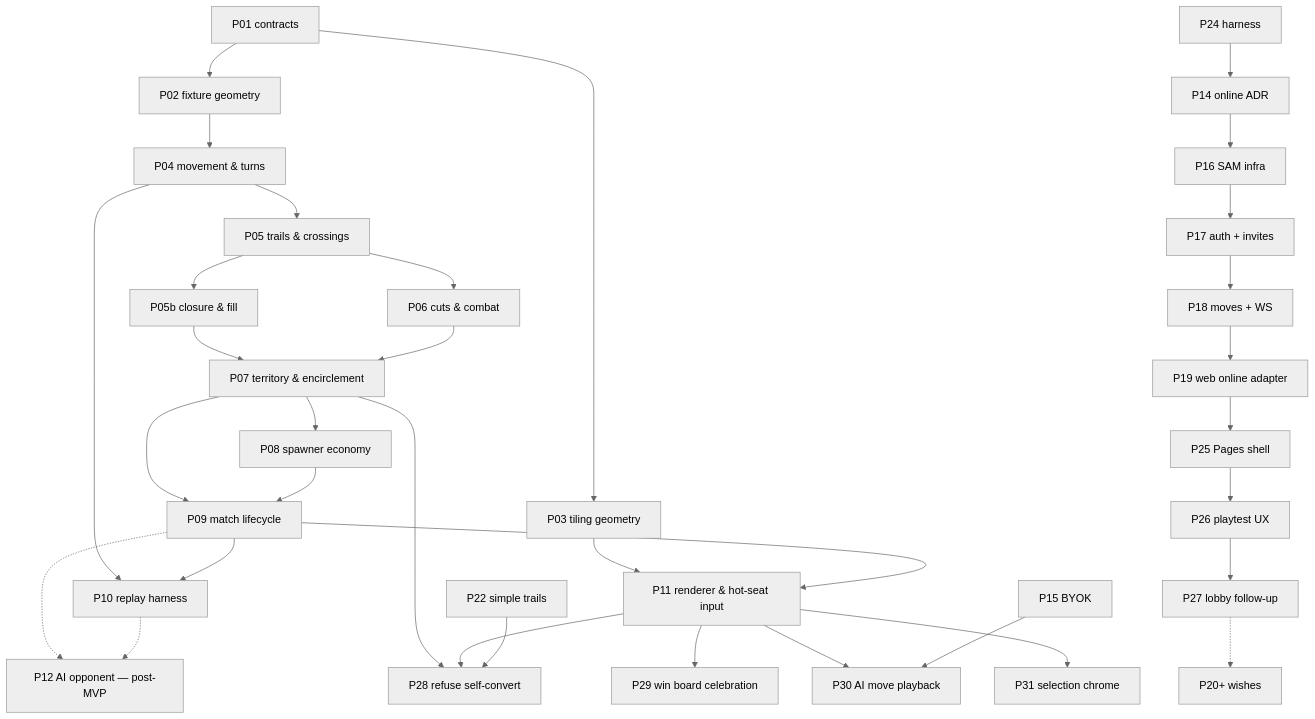
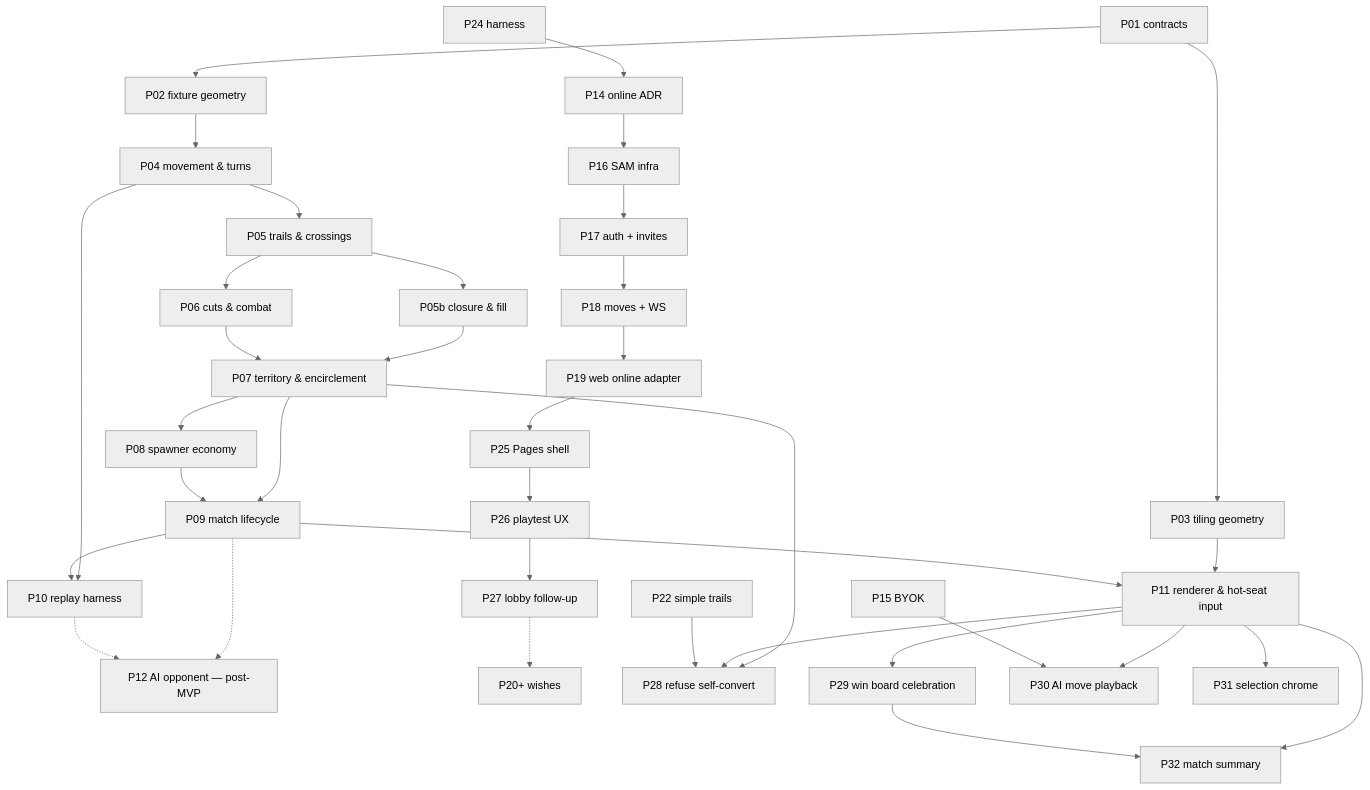
The diagram in docs/design/02-work-packets.md (hochgi/arrows_conqueror), drawn with Mermaid (neutral theme) before and after one commit. The commit also changed other lines of this file and 13 other files, not shown here.

First line of the commit message:
feat(web): P32 match summary telemetry (restore App, honest cuts)

````diff
--- a/docs/design/02-work-packets.md
+++ b/docs/design/02-work-packets.md
@@ -67,36 +68,38 @@
 ```mermaid
 flowchart TD
   P01["P01 contracts"] --> P02["P02 fixture geometry"]
   P01 --> P03["P03 tiling geometry"]
   P02 --> P04["P04 movement & turns"]
   P04 --> P05["P05 trails & crossings"]
   P05 --> P05B["P05b closure & fill"]
   P05 --> P06["P06 cuts & combat"]
   P05B --> P07["P07 territory & encirclement"]
   P06 --> P07
   P07 --> P08["P08 spawner economy"]
   P07 --> P09["P09 match lifecycle"]
   P08 --> P09
   P04 --> P10["P10 replay harness"]
   P09 --> P10
   P03 --> P11["P11 renderer & hot-seat input"]
   P09 --> P11
   P09 -.-> P12["P12 AI opponent — post-MVP"]
   P10 -.-> P12
   P24["P24 harness"] --> P14["P14 online ADR"]
   P14 --> P16["P16 SAM infra"]
   P16 --> P17["P17 auth + invites"]
   P17 --> P18["P18 moves + WS"]
   P18 --> P19["P19 web online adapter"]
   P19 --> P25["P25 Pages shell"]
   P25 --> P26["P26 playtest UX"]
   P26 --> P27["P27 lobby follow-up"]
   P27 -.-> P20["P20+ wishes"]
   P07 --> P28["P28 refuse self-convert"]
   P11 --> P28
   P22["P22 simple trails"] --> P28
   P11 --> P29["P29 win board celebration"]
   P11 --> P30["P30 AI move playback"]
   P15["P15 BYOK"] --> P30
   P11 --> P31["P31 selection chrome"]
+  P11 --> P32["P32 match summary"]
+  P29 --> P32
 ```
````
